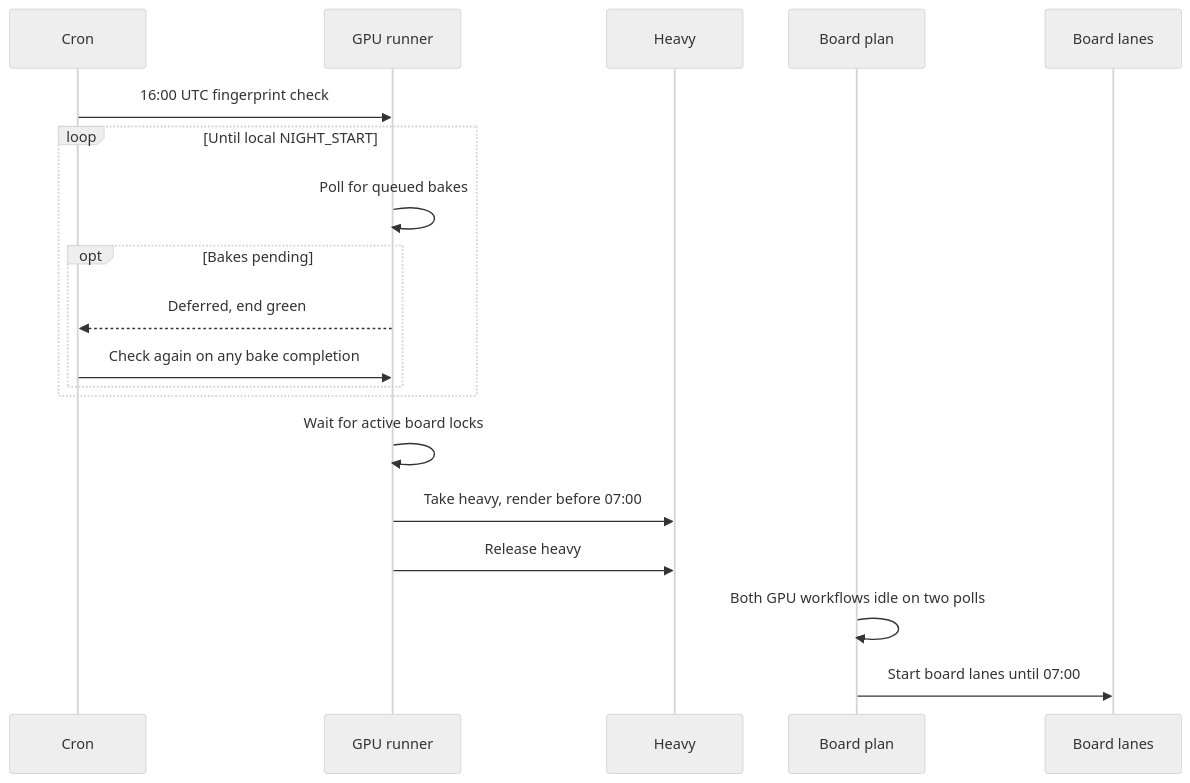
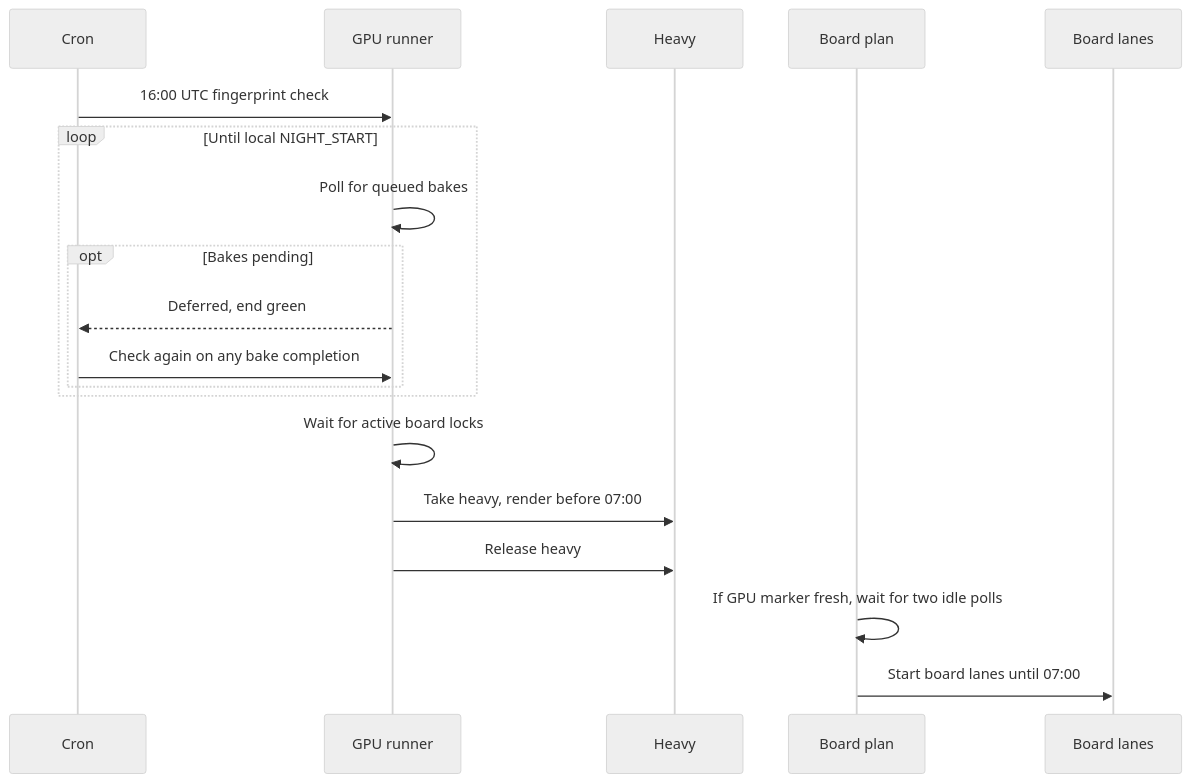
The fifth of 5 diagrams in launcher/tools/perf/README.md (jose-villegas/autana), drawn with Mermaid (neutral theme) before and after one commit. The commit also changed other lines of this file and 6 other files, not shown here.

Commit message:
ci: scope GPU queue wait to the board host (autana-udwzr)

````diff
--- a/launcher/tools/perf/README.md
+++ b/launcher/tools/perf/README.md
@@ -346,21 +346,21 @@
 ```mermaid
 sequenceDiagram
     participant Cron
     participant GPU as GPU runner
     participant Heavy
     participant Plan as Board plan
     participant Lanes as Board lanes
     Cron->>GPU: 16:00 UTC fingerprint check
     loop Until local NIGHT_START
         GPU->>GPU: Poll for queued bakes
         opt Bakes pending
             GPU-->>Cron: Deferred, end green
             Cron->>GPU: Check again on any bake completion
         end
     end
     GPU->>GPU: Wait for active board locks
     GPU->>Heavy: Take heavy, render before 07:00
     GPU->>Heavy: Release heavy
-    Plan->>Plan: Both GPU workflows idle on two polls
+    Plan->>Plan: If GPU marker fresh, wait for two idle polls
     Plan->>Lanes: Start board lanes until 07:00
 ```
````
